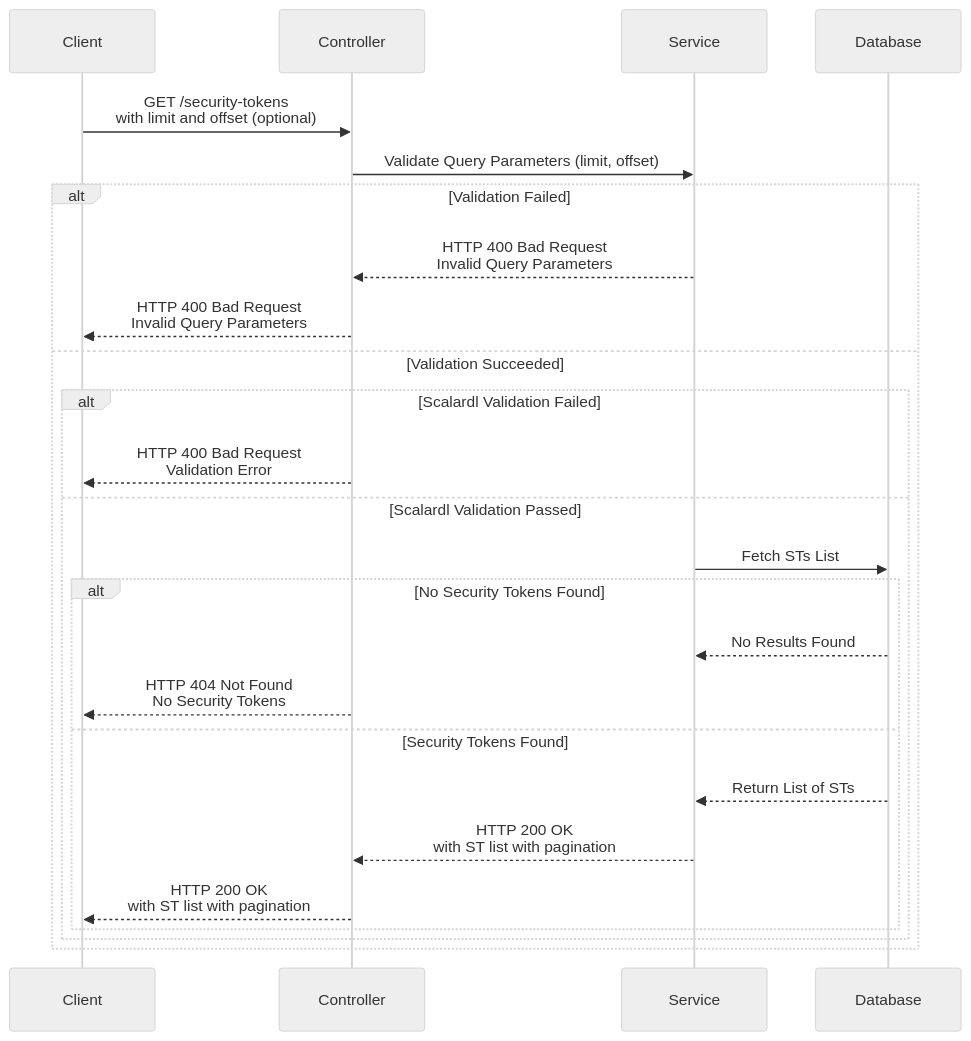
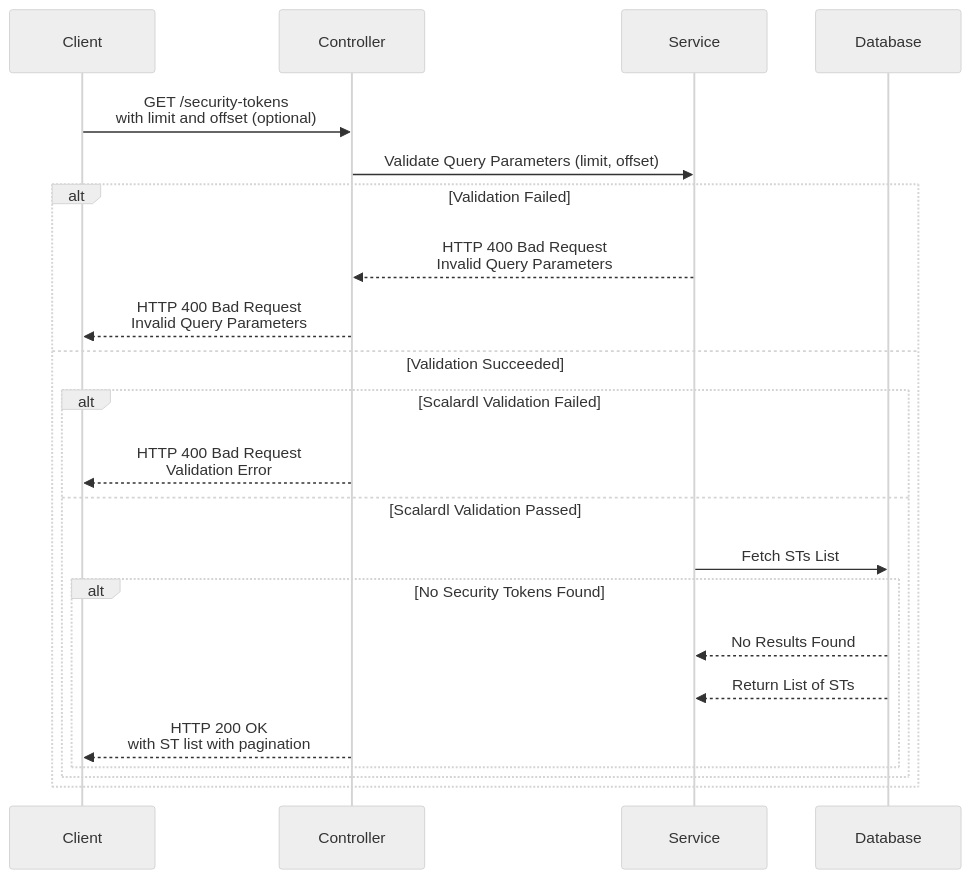
The diagram in new_list_security_token.md (MayuriSutar12/protocol_8_api_doc), drawn with Mermaid (neutral theme) before and after one commit.

````diff
--- a/new_list_security_token.md
+++ b/new_list_security_token.md
@@ -3,28 +3,25 @@
 ```mermaid
 sequenceDiagram
     participant Client as Client
     participant Controller as Controller
     participant Service as Service
     participant Database as Database
 
     Client ->> Controller: GET /security-tokens<br/>with limit and offset (optional)
     Controller ->> Service: Validate Query Parameters (limit, offset)
     alt Validation Failed
         Service -->> Controller: HTTP 400 Bad Request<br/>Invalid Query Parameters
         Controller -->> Client: HTTP 400 Bad Request<br/>Invalid Query Parameters
     else Validation Succeeded
         alt Scalardl Validation Failed
             Controller -->> Client: HTTP 400 Bad Request<br/>Validation Error
         else Scalardl Validation Passed
             Service ->> Database: Fetch STs List
             alt No Security Tokens Found
                 Database -->> Service: No Results Found
-                Controller -->> Client: HTTP 404 Not Found<br/>No Security Tokens
-            else Security Tokens Found
                 Database -->> Service: Return List of STs
-                Service -->> Controller: HTTP 200 OK<br/>with ST list with pagination
                 Controller -->> Client: HTTP 200 OK<br/>with ST list with pagination
             end
         end
 end
 ```
````
